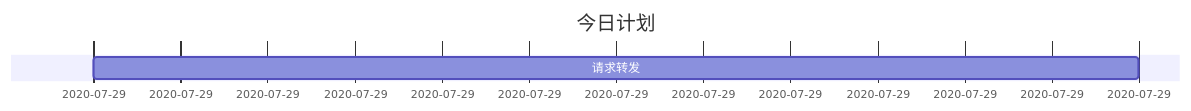
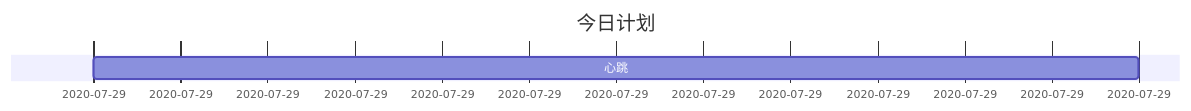
The second of 2 diagrams in Plan.md (luotianqi777/Notebook), drawn with Mermaid before and after one commit. The commit also changed 2 other files, not shown here.

Commit message:
完成心跳

````diff
--- a/Plan.md
+++ b/Plan.md
@@ -26,6 +26,6 @@
 ```mermaid
 gantt
 dateFormat  HH:mm
 title 今日计划
-请求转发: 09:00,21:00
+心跳: 09:00,21:00
 ```
````
